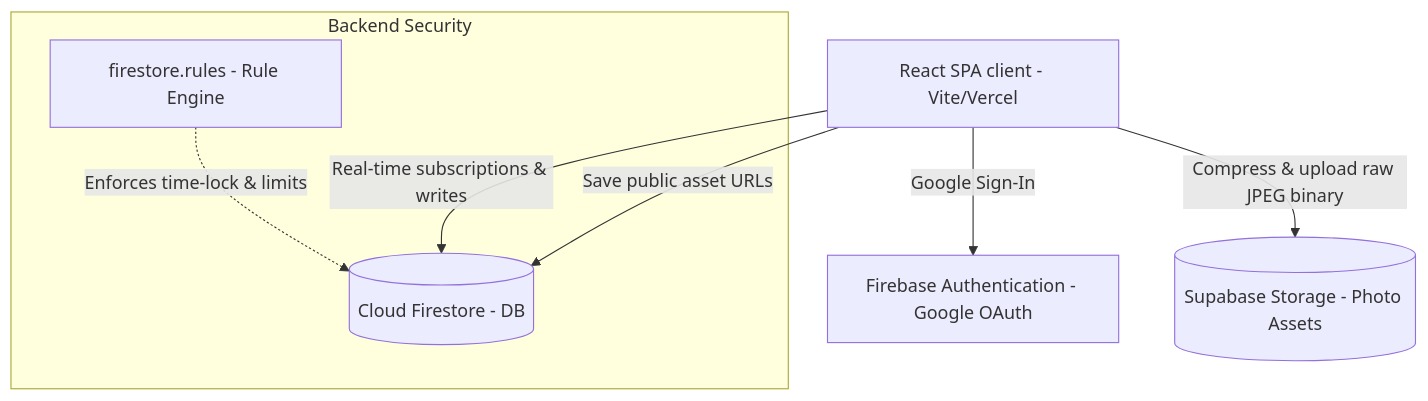
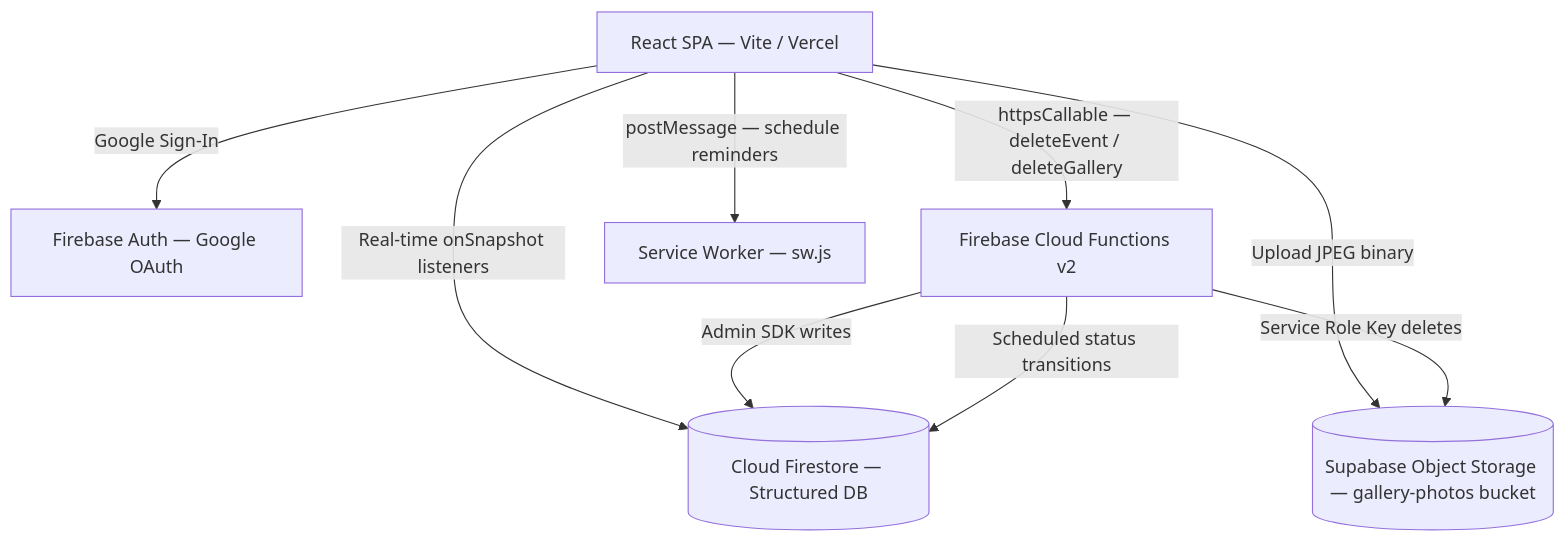
The first of 4 diagrams in ARCHITECTURE.md (randiln/later), drawn with Mermaid before and after one commit. The commit also changed other lines of this file, not shown here.

Commit message:
docs: update technical architecture to reflect current codebase

````diff
--- a/ARCHITECTURE.md
+++ b/ARCHITECTURE.md
@@ -11,17 +13,18 @@
 ```mermaid
 graph TD
-    Client[React SPA client - Vite/Vercel]
-    Auth[Firebase Authentication - Google OAuth]
-    Firestore[(Cloud Firestore - DB)]
-    Storage[(Supabase Storage - Photo Assets)]
+    Client["React SPA — Vite / Vercel"]
+    Auth["Firebase Auth — Google OAuth"]
+    Firestore[("Cloud Firestore — Structured DB")]
+    Functions["Firebase Cloud Functions v2"]
+    Storage[("Supabase Object Storage — gallery-photos bucket")]
+    SW["Service Worker — sw.js"]
 
     Client -->|Google Sign-In| Auth
-    Client -->|Real-time subscriptions & writes| Firestore
-    Client -->|Compress & upload raw JPEG binary| Storage
-    Client -->|Save public asset URLs| Firestore
-    
-    subgraph "Backend Security"
-        FirestoreRules[firestore.rules - Rule Engine]
-        FirestoreRules -.->|Enforces time-lock & limits| Firestore
-    end
+    Client -->|Real-time onSnapshot listeners| Firestore
+    Client -->|Upload JPEG binary| Storage
+    Client -->|httpsCallable — deleteEvent / deleteGallery| Functions
+    Client -->|postMessage — schedule reminders| SW
+    Functions -->|Admin SDK writes| Firestore
+    Functions -->|Service Role Key deletes| Storage
+    Functions -->|Scheduled status transitions| Firestore
 ```
````
